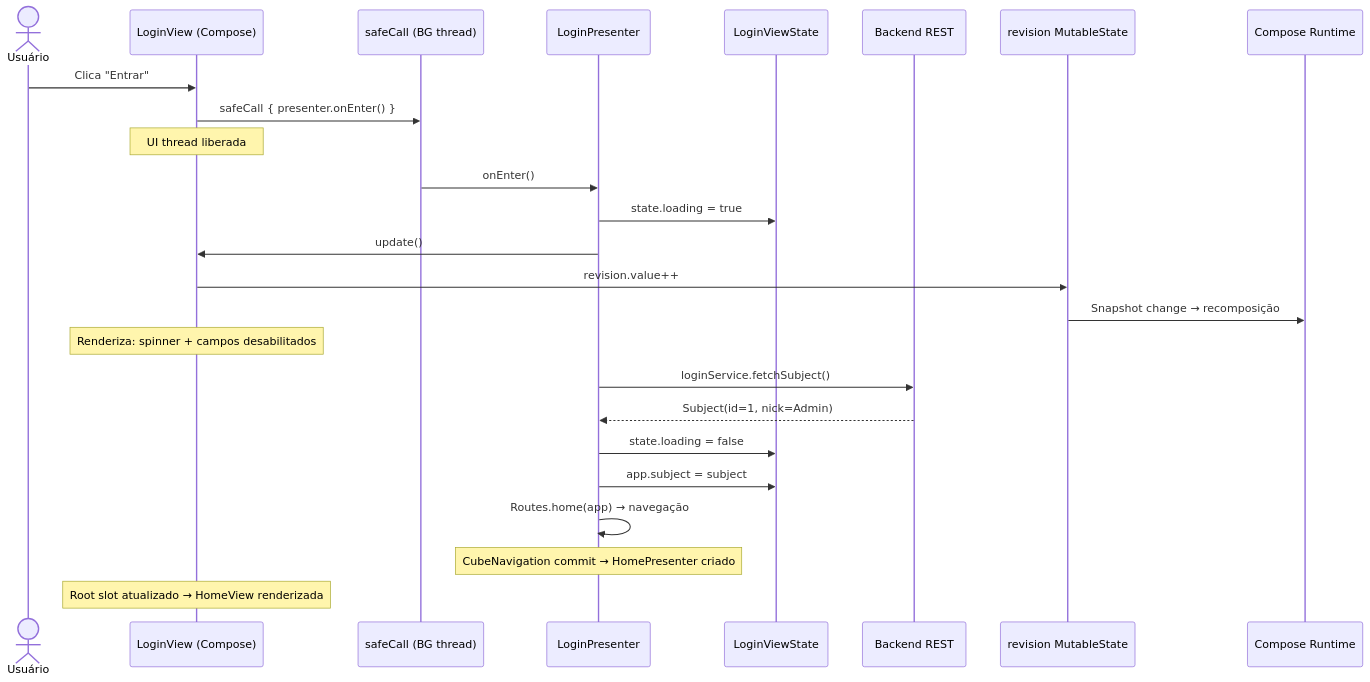
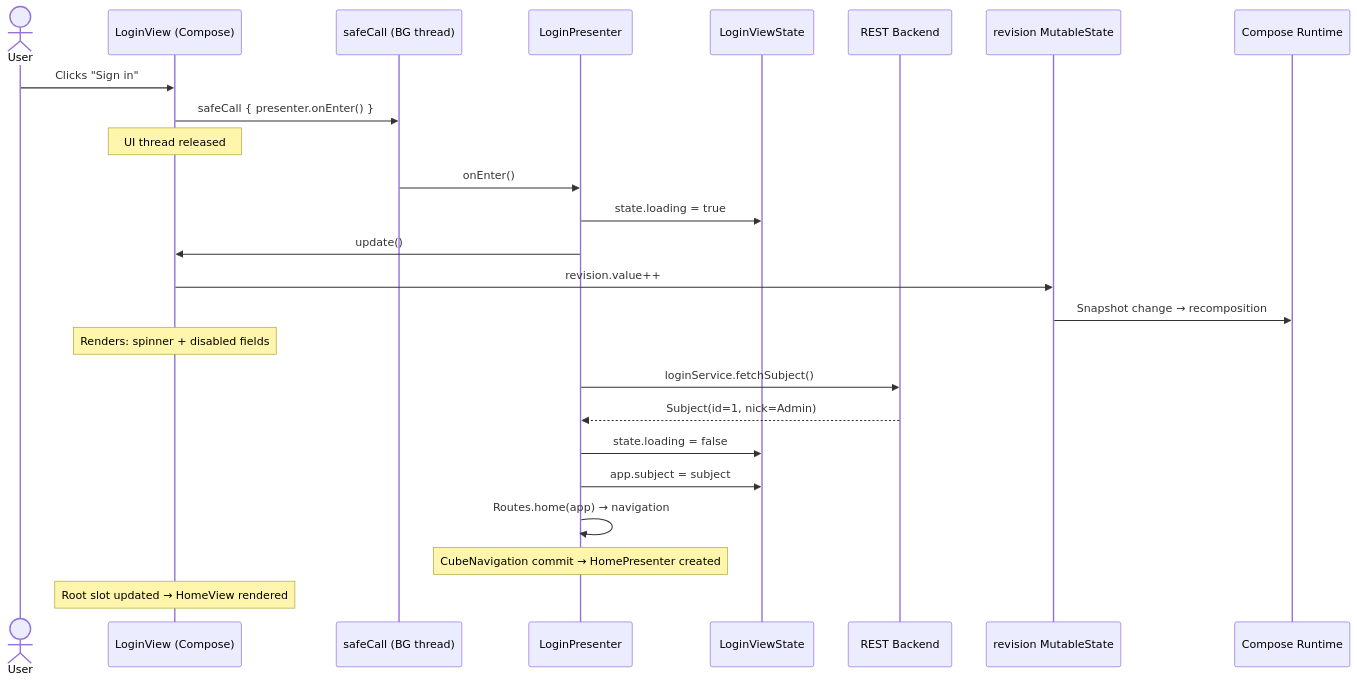
The fifth of 9 diagrams in docs/architecture-cube-compose.md (mrcdom/wdc-cube-kotlin), drawn with Mermaid before and after one commit. The commit also changed other lines of this file and 10 other files, not shown here.

First line of the commit message:
docs: architecture docs and top-level READMEs in US English

````diff
--- a/docs/architecture-cube-compose.md
+++ b/docs/architecture-cube-compose.md
@@ -246,31 +246,31 @@
 ```mermaid
 sequenceDiagram
-    actor User as Usuário
+    actor User as User
     participant View as LoginView (Compose)
     participant SC as safeCall (BG thread)
     participant P as LoginPresenter
     participant S as LoginViewState
-    participant API as Backend REST
+    participant API as REST Backend
     participant Rev as revision MutableState
     participant CR as Compose Runtime
 
-    User->>View: Clica "Entrar"
+    User->>View: Clicks "Sign in"
     View->>SC: safeCall { presenter.onEnter() }
-    Note over View: UI thread liberada
+    Note over View: UI thread released
 
     SC->>P: onEnter()
     P->>S: state.loading = true
     P->>View: update()
     View->>Rev: revision.value++
-    Rev->>CR: Snapshot change → recomposição
-    Note over View: Renderiza: spinner + campos desabilitados
+    Rev->>CR: Snapshot change → recomposition
+    Note over View: Renders: spinner + disabled fields
 
     P->>API: loginService.fetchSubject()
     API-->>P: Subject(id=1, nick=Admin)
 
     P->>S: state.loading = false
     P->>S: app.subject = subject
-    P->>P: Routes.home(app) → navegação
-    Note over P: CubeNavigation commit → HomePresenter criado
-    Note over View: Root slot atualizado → HomeView renderizada
+    P->>P: Routes.home(app) → navigation
+    Note over P: CubeNavigation commit → HomePresenter created
+    Note over View: Root slot updated → HomeView rendered
 ```
````
